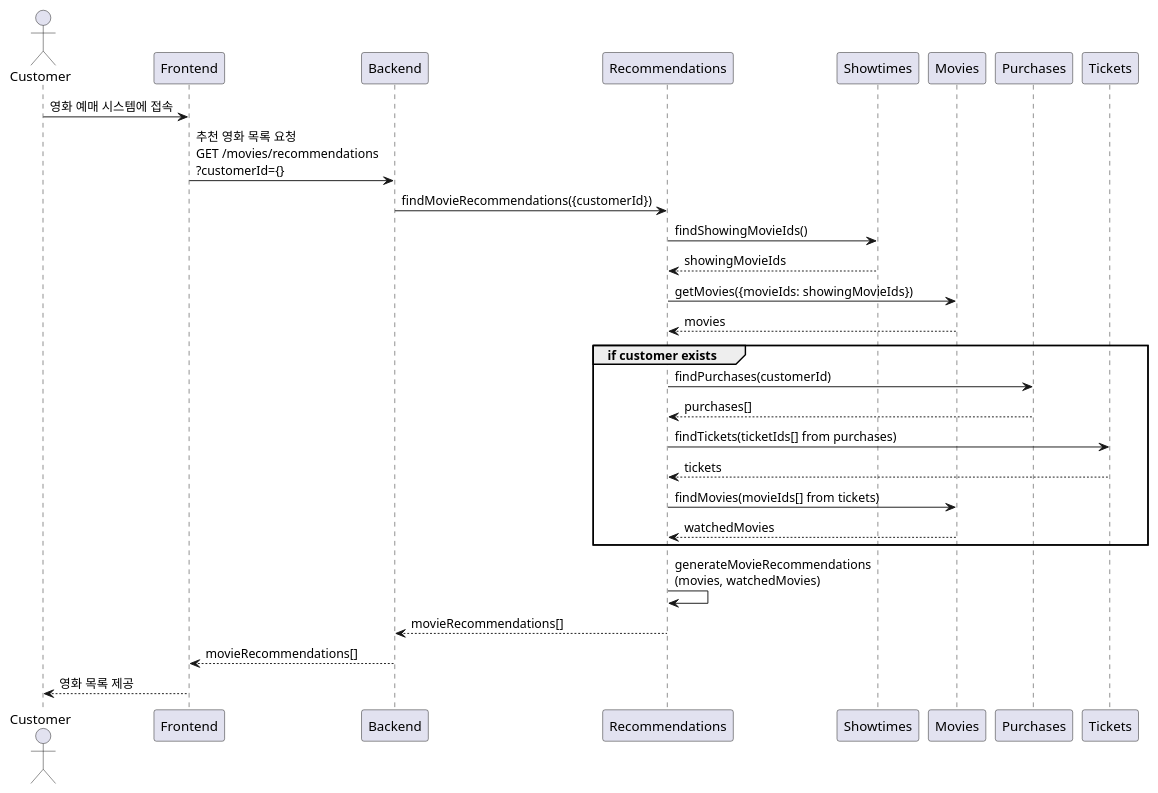
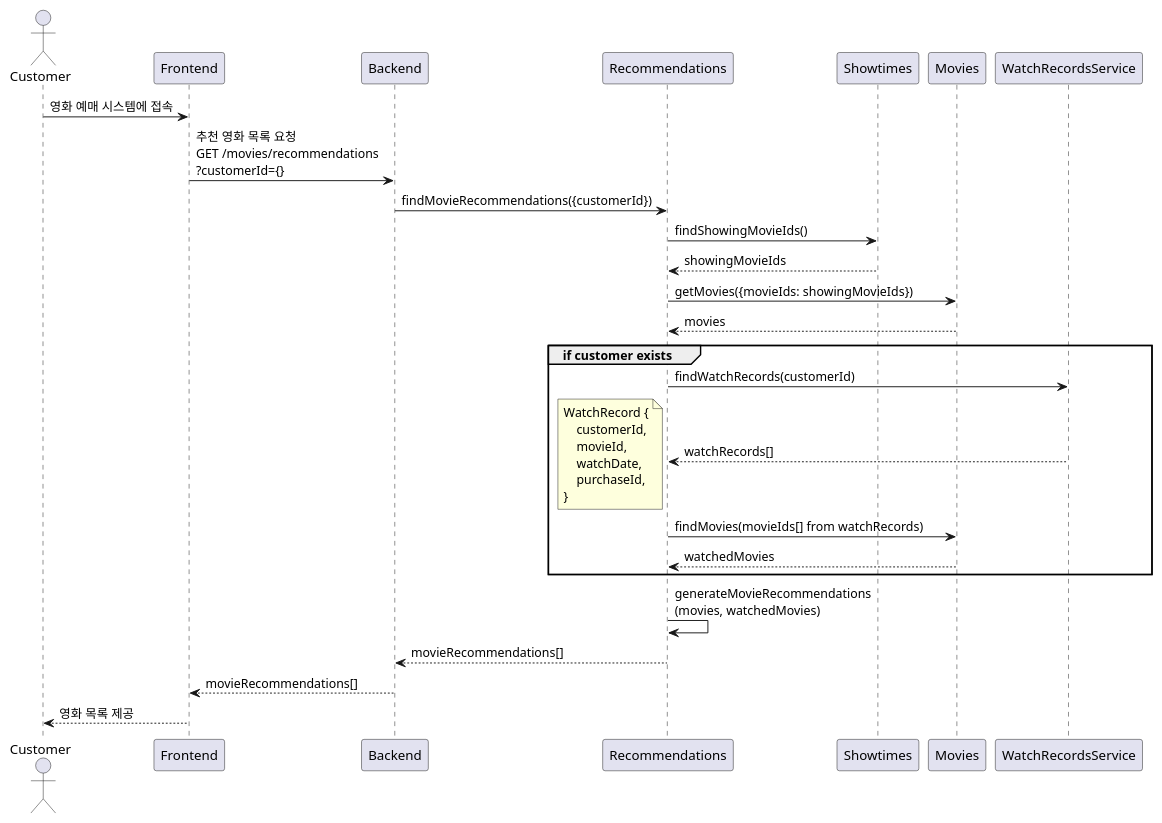
One commit to mannercode/nest-seed changed the first of 3 diagrams in docs/tickets-purchase.md. Above: the diagram before and after it, drawn with PlantUML. The commit also changed other lines of this file and 32 other files, not shown here.

````diff
--- a/docs/tickets-purchase.md
+++ b/docs/tickets-purchase.md
@@ -60,25 +60,31 @@
 ```plantuml
 @startuml
 actor Customer
 
-Customer -> Frontend : 영화 예매 시스템에 접속
-Frontend -> Backend : 추천 영화 목록 요청\nGET /movies/recommendations\n?customerId={}
-Backend -> Recommendations : findMovieRecommendations({customerId})
-Recommendations -> Showtimes : findShowingMovieIds()
-Showtimes --> Recommendations : showingMovieIds
-Recommendations -> Movies : getMovies({movieIds: showingMovieIds})
-Movies --> Recommendations : movies
+Customer -> Frontend: 영화 예매 시스템에 접속
+Frontend -> Backend: 추천 영화 목록 요청\nGET /movies/recommendations\n?customerId={}
+Backend -> Recommendations: findMovieRecommendations({customerId})
+Recommendations -> Showtimes: findShowingMovieIds()
+Showtimes --> Recommendations: showingMovieIds
+Recommendations -> Movies: getMovies({movieIds: showingMovieIds})
+Movies --> Recommendations: movies
 group if customer exists
-    Recommendations -> Purchases : findPurchases(customerId)
-    Purchases --> Recommendations : purchases[]
-    Recommendations -> Tickets : findTickets(ticketIds[] from purchases)
-    Tickets --> Recommendations : tickets
-    Recommendations -> Movies : findMovies(movieIds[] from tickets)
-    Movies --> Recommendations : watchedMovies
+    Recommendations -> WatchRecordsService: findWatchRecords(customerId)
+    Recommendations <-- WatchRecordsService: watchRecords[]
+    note left
+    WatchRecord {
+        customerId,
+        movieId,
+        watchDate,
+        purchaseId,
+    }
+    end note
+    Recommendations -> Movies: findMovies(movieIds[] from watchRecords)
+    Recommendations <-- Movies: watchedMovies
 end
-Recommendations -> Recommendations : generateMovieRecommendations\n(movies, watchedMovies)
-Backend <-- Recommendations : movieRecommendations[]
-Frontend <-- Backend : movieRecommendations[]
-Customer <-- Frontend : 영화 목록 제공
+Recommendations -> Recommendations: generateMovieRecommendations\n(movies, watchedMovies)
+Backend <-- Recommendations: movieRecommendations[]
+Frontend <-- Backend: movieRecommendations[]
+Customer <-- Frontend: 영화 목록 제공
 @enduml
 ```
````
